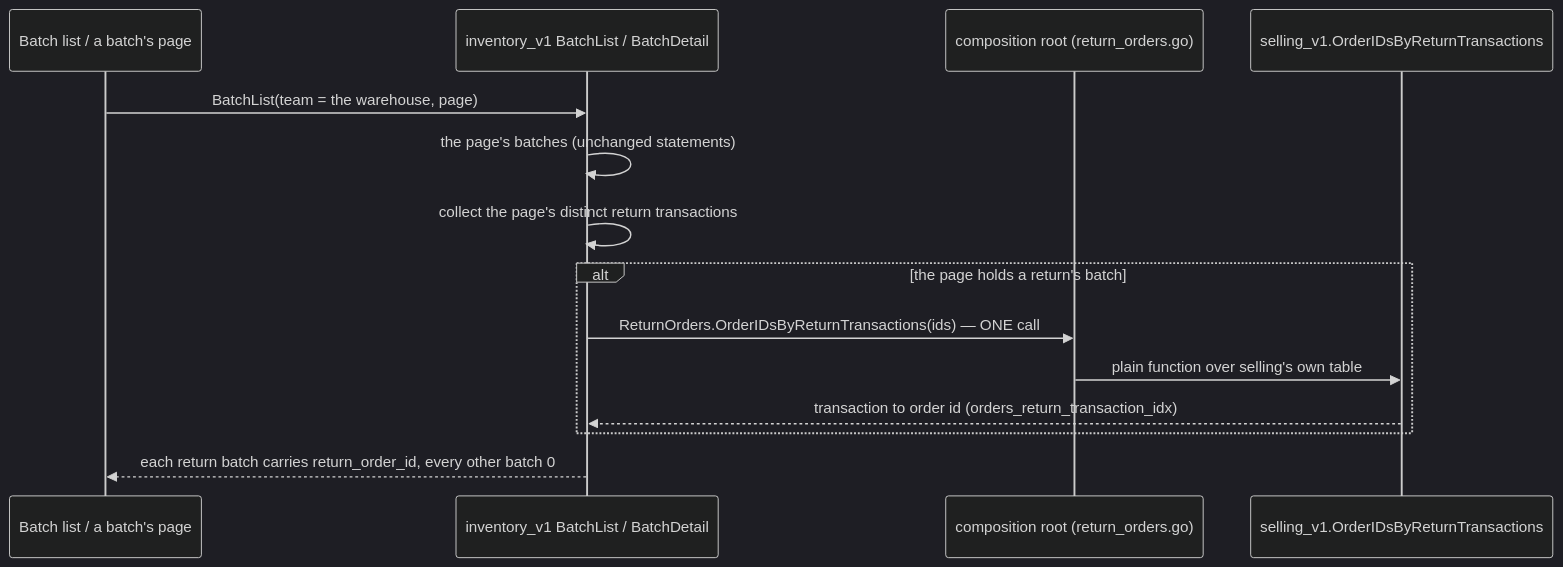
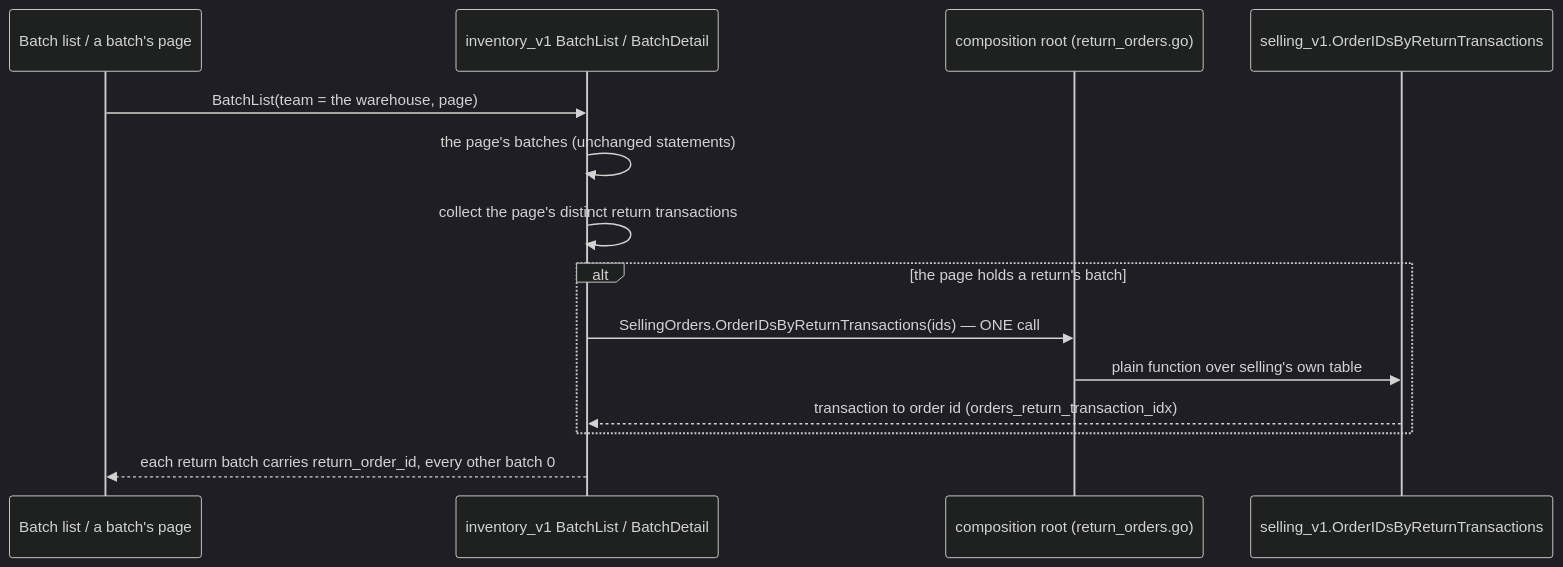
Diagram 36 of 53 in docs/services/inventory_service/rpc.md (pdcgo/warehouse_revamp), drawn with Mermaid (dark theme) before and after one commit. The commit also changed other lines of this file and 429 other files, not shown here.

````diff
--- a/docs/services/inventory_service/rpc.md
+++ b/docs/services/inventory_service/rpc.md
@@ -1623,16 +1798,16 @@
 ```mermaid
 sequenceDiagram
     participant UI as Batch list / a batch's page
     participant INV as inventory_v1 BatchList / BatchDetail
     participant ROOT as composition root (return_orders.go)
     participant SELL as selling_v1.OrderIDsByReturnTransactions
     UI->>INV: BatchList(team = the warehouse, page)
     INV->>INV: the page's batches (unchanged statements)
     INV->>INV: collect the page's distinct return transactions
     alt the page holds a return's batch
-        INV->>ROOT: ReturnOrders.OrderIDsByReturnTransactions(ids) — ONE call
+        INV->>ROOT: SellingOrders.OrderIDsByReturnTransactions(ids) — ONE call
         ROOT->>SELL: plain function over selling's own table
         SELL-->>INV: transaction to order id (orders_return_transaction_idx)
     end
     INV-->>UI: each return batch carries return_order_id, every other batch 0
 ```
````
